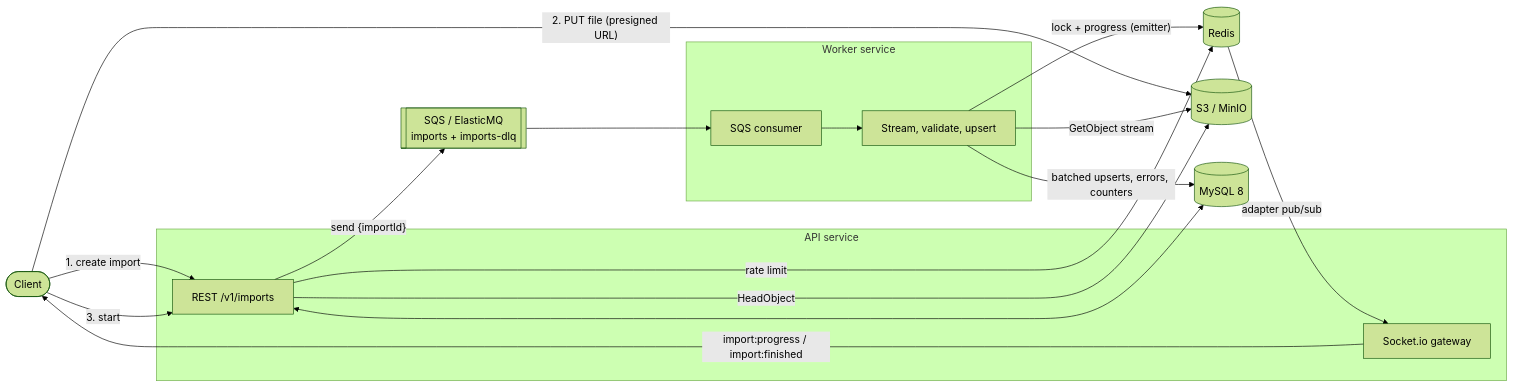
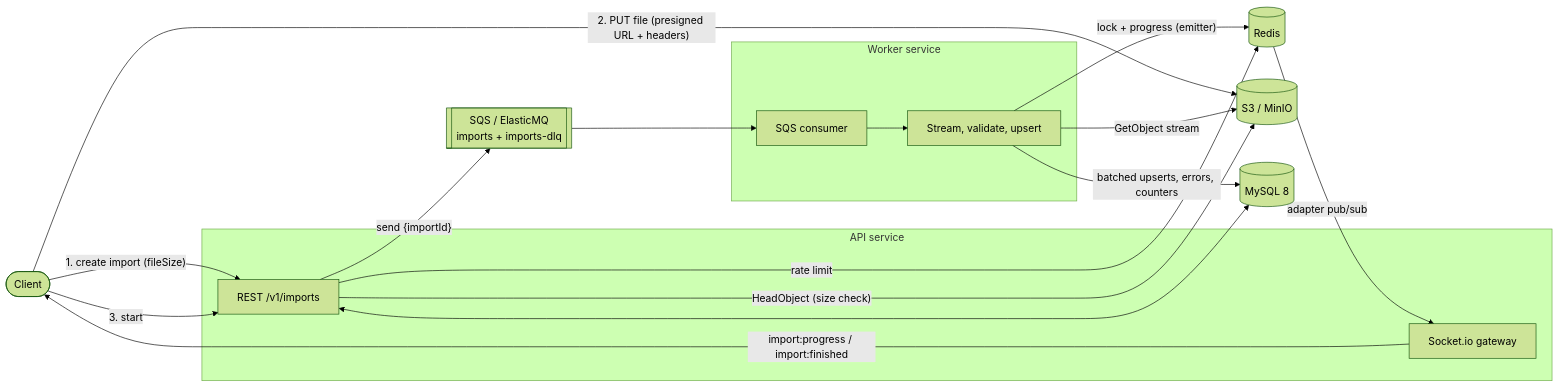
Before and after one commit to vinihellmann/bulk-import-pipeline: the first of 3 diagrams in README.md, drawn with Mermaid (forest theme). The commit also changed other lines of this file, not shown here.

````diff
--- a/README.md
+++ b/README.md
@@ -34,34 +36,34 @@
 ```mermaid
 flowchart LR
     client([Client])
 
     subgraph api [API service]
         rest[REST /v1/imports]
         ws[Socket.io gateway]
     end
 
     subgraph worker [Worker service]
         consumer[SQS consumer]
         pipeline[Stream, validate, upsert]
     end
 
     s3[(S3 / MinIO)]
     sqs[[SQS / ElasticMQ<br/>imports + imports-dlq]]
     mysql[(MySQL 8)]
     redis[(Redis)]
 
-    client -- "1. create import" --> rest
-    client -- "2. PUT file (presigned URL)" --> s3
+    client -- "1. create import (fileSize)" --> rest
+    client -- "2. PUT file (presigned URL + headers)" --> s3
     client -- "3. start" --> rest
-    rest -- HeadObject --> s3
+    rest -- "HeadObject (size check)" --> s3
     rest -- "send {importId}" --> sqs
     rest <--> mysql
     rest -- rate limit --> redis
 
     sqs --> consumer --> pipeline
     pipeline -- GetObject stream --> s3
     pipeline -- "batched upserts, errors, counters" --> mysql
     pipeline -- "lock + progress (emitter)" --> redis
     redis -- "adapter pub/sub" --> ws
     ws -- "import:progress / import:finished" --> client
 ```
````
